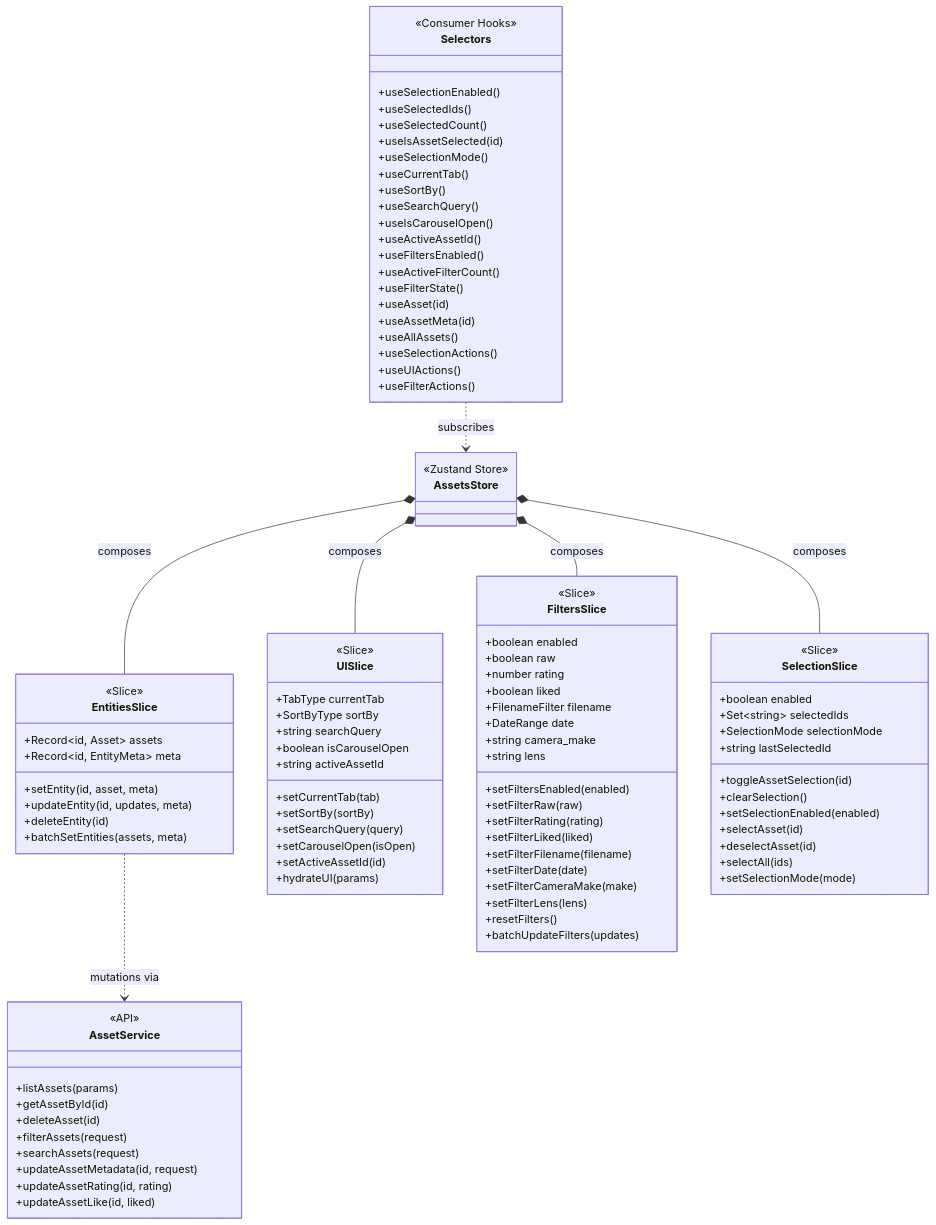
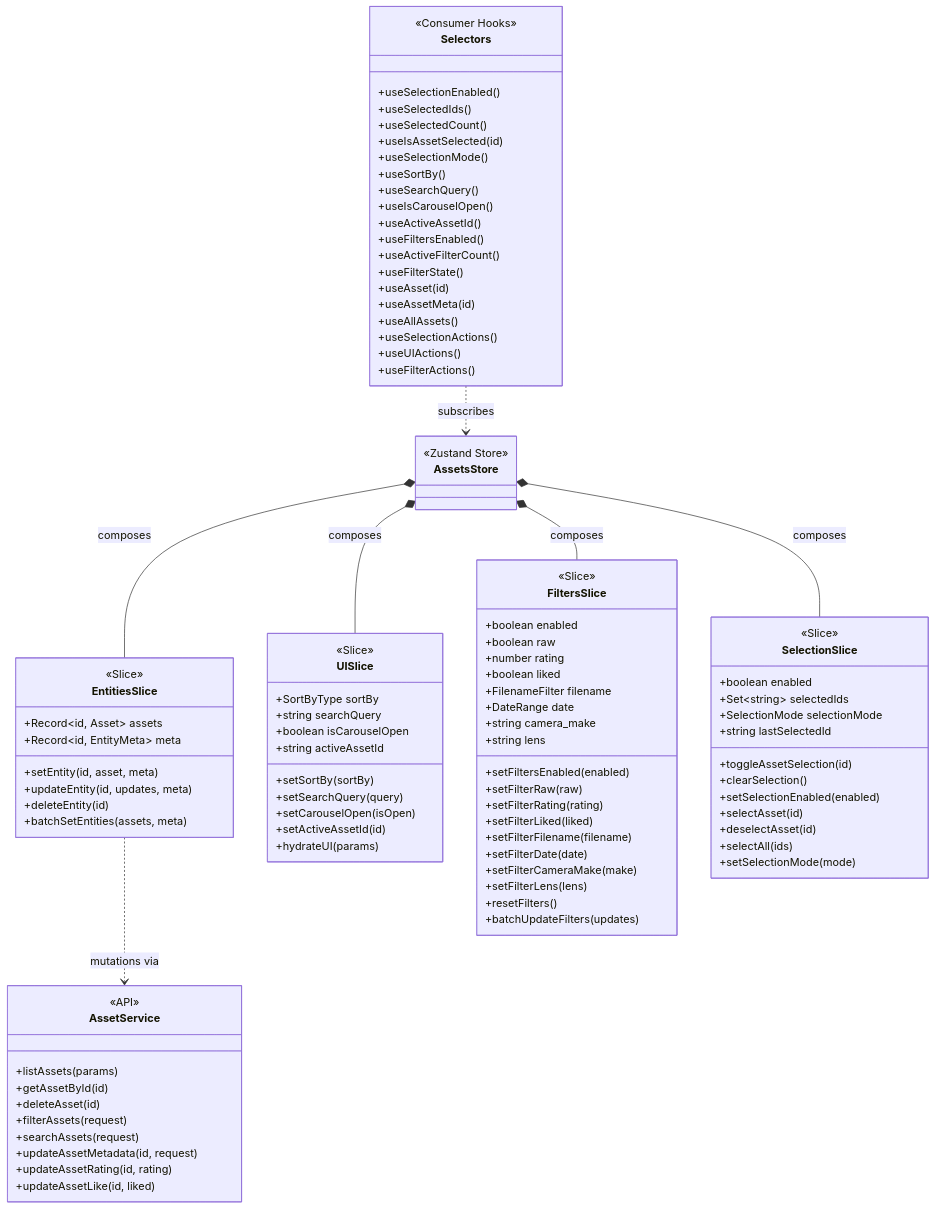
Before and after one commit to EdwinZhanCN/Lumilio-Photos: the diagram in web/src/features/assets/diagram/store-anatomy.md, drawn with Mermaid. The commit also changed 69 other files, not shown here.

```diff
--- a/web/src/features/assets/diagram/store-anatomy.md
+++ b/web/src/features/assets/diagram/store-anatomy.md
@@ -29,14 +29,12 @@
     class UISlice {
         <<Slice>>
         %% State
-        +TabType currentTab
         +SortByType sortBy
         +string searchQuery
         +boolean isCarouselOpen
         +string activeAssetId
         
         %% Actions
-        +setCurrentTab(tab)
         +setSortBy(sortBy)
         +setSearchQuery(query)
         +setCarouselOpen(isOpen)
@@ -100,7 +98,6 @@
         +useSelectionMode()
         
         %% UI
-        +useCurrentTab()
         +useSortBy()
         +useSearchQuery()
         +useIsCarouselOpen()
```
